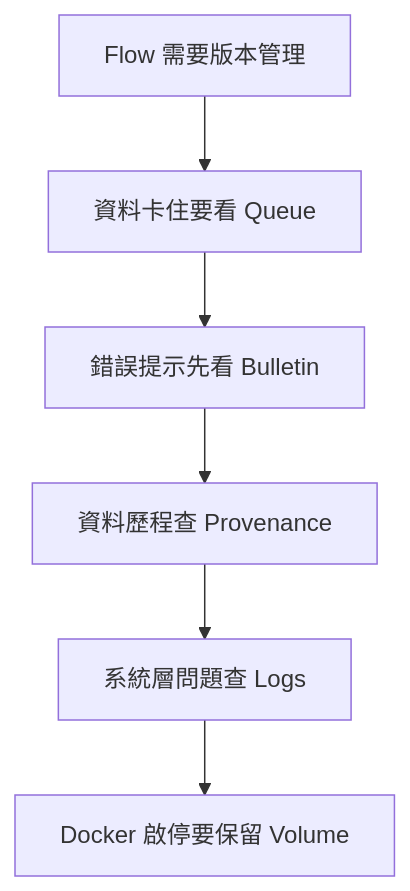
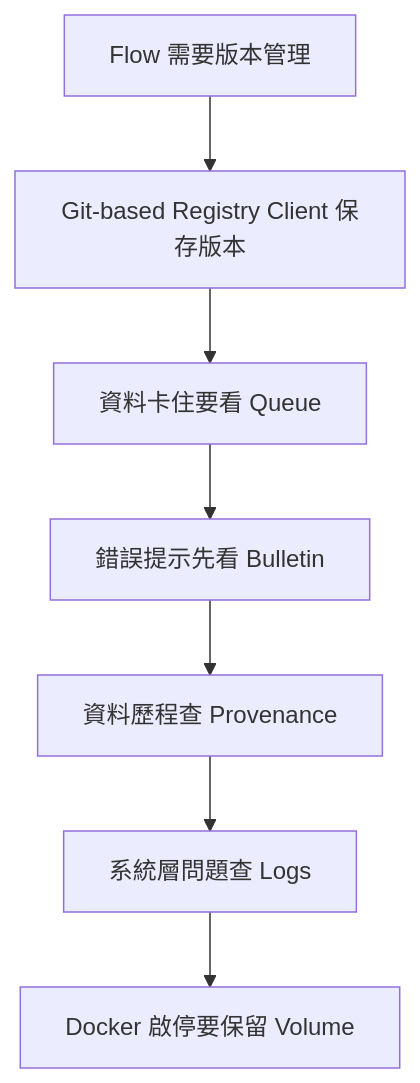
The third of 3 diagrams in docs/nifi-training/07-versioning-debug-operations.md (Ting-s515/nifi-training), drawn with Mermaid before and after one commit. The commit also changed other lines of this file and 1 other file, not shown here.

Commit message:
docs: add git based flow registry training

````diff
--- a/docs/nifi-training/07-versioning-debug-operations.md
+++ b/docs/nifi-training/07-versioning-debug-operations.md
@@ -191,8 +352,9 @@
 ```mermaid
 flowchart TD
-    A[Flow 需要版本管理] --> B[資料卡住要看 Queue]
-    B --> C[錯誤提示先看 Bulletin]
-    C --> D[資料歷程查 Provenance]
-    D --> E[系統層問題查 Logs]
-    E --> F[Docker 啟停要保留 Volume]
+    A[Flow 需要版本管理] --> B[Git-based Registry Client 保存版本]
+    B --> C[資料卡住要看 Queue]
+    C --> D[錯誤提示先看 Bulletin]
+    D --> E[資料歷程查 Provenance]
+    E --> F[系統層問題查 Logs]
+    F --> G[Docker 啟停要保留 Volume]
 ```
````
